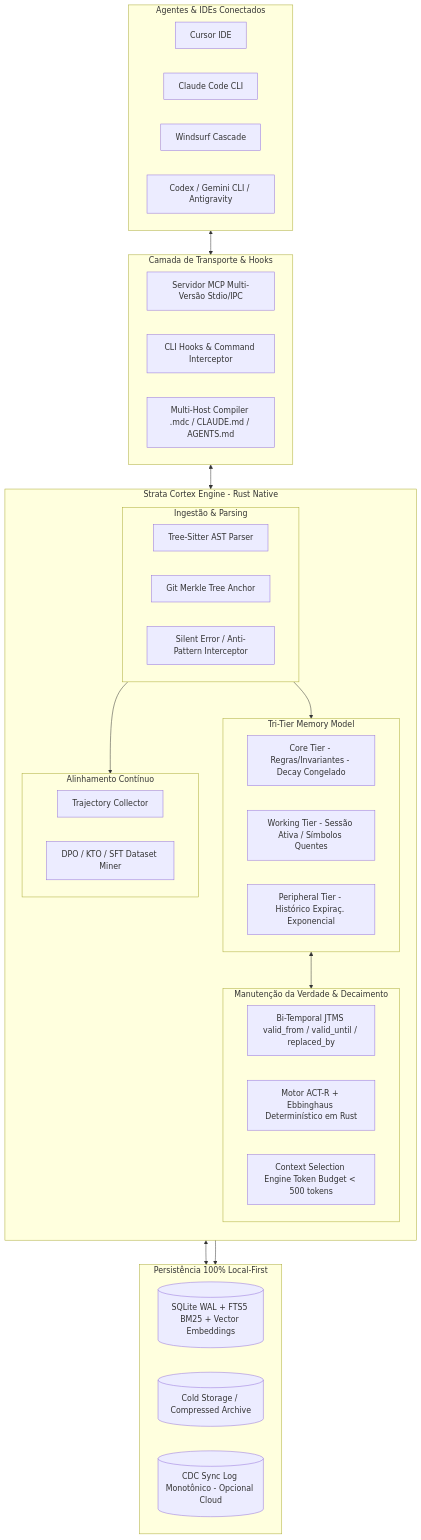
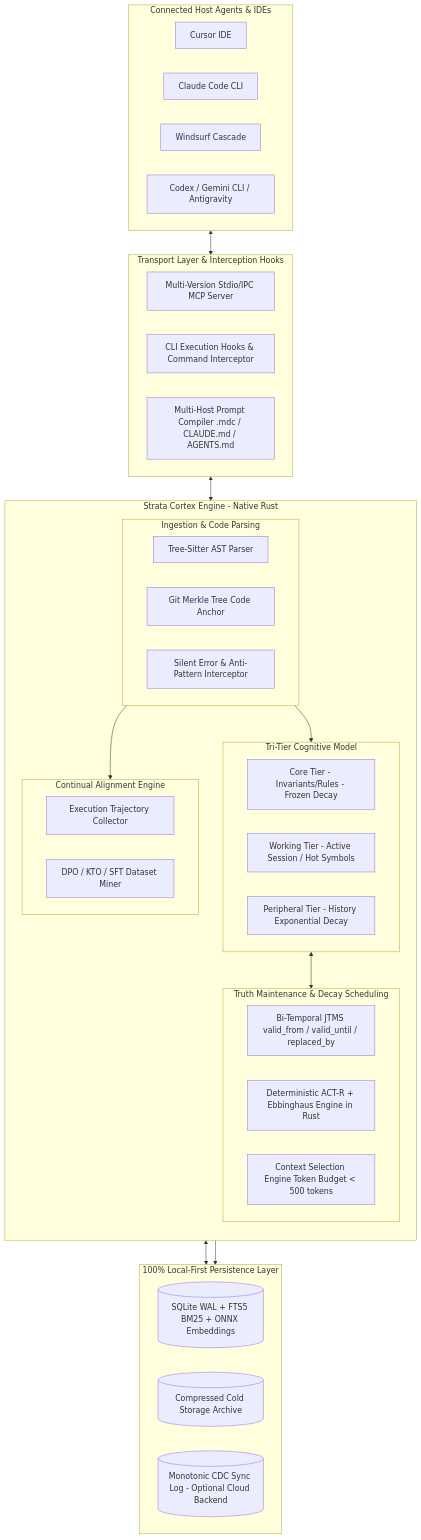
Before and after one commit to phfarath/Strata: the diagram in docs/15-blueprint-cortex-mcp-full-spec.md, drawn with Mermaid. The commit also changed other lines of this file and 34 other files, not shown here.

Commit message:
docs: standardize all architecture, research specifications, and agent guidelines in English (#13)

````diff
--- a/docs/15-blueprint-cortex-mcp-full-spec.md
+++ b/docs/15-blueprint-cortex-mcp-full-spec.md
@@ -9,55 +9,55 @@
 ```mermaid
 graph TD
-    subgraph Host_Clients [Agentes & IDEs Conectados]
+    subgraph Host_Clients [Connected Host Agents & IDEs]
         C1[Cursor IDE]
         C2[Claude Code CLI]
         C3[Windsurf Cascade]
         C4[Codex / Gemini CLI / Antigravity]
     end
 
-    subgraph MCP_Transport [Camada de Transporte & Hooks]
-        M1[Servidor MCP Multi-Versão Stdio/IPC]
-        M2[CLI Hooks & Command Interceptor]
-        M3[Multi-Host Compiler .mdc / CLAUDE.md / AGENTS.md]
+    subgraph MCP_Transport [Transport Layer & Interception Hooks]
+        M1[Multi-Version Stdio/IPC MCP Server]
+        M2[CLI Execution Hooks & Command Interceptor]
+        M3[Multi-Host Prompt Compiler .mdc / CLAUDE.md / AGENTS.md]
     end
 
-    subgraph Cognitive_Core [Strata Cortex Engine - Rust Native]
+    subgraph Cognitive_Core [Strata Cortex Engine - Native Rust]
         direction TB
-        subgraph Ingestion [Ingestão & Parsing]
+        subgraph Ingestion [Ingestion & Code Parsing]
             T1[Tree-Sitter AST Parser]
-            T2[Git Merkle Tree Anchor]
-            T3[Silent Error / Anti-Pattern Interceptor]
+            T2[Git Merkle Tree Code Anchor]
+            T3[Silent Error & Anti-Pattern Interceptor]
         end
         
-        subgraph Memory_Tiers [Tri-Tier Memory Model]
-            K1[Core Tier - Regras/Invariantes - Decay Congelado]
-            K2[Working Tier - Sessão Ativa / Símbolos Quentes]
-            K3[Peripheral Tier - Histórico Expiraç. Exponencial]
+        subgraph Memory_Tiers [Tri-Tier Cognitive Model]
+            K1[Core Tier - Invariants/Rules - Frozen Decay]
+            K2[Working Tier - Active Session / Hot Symbols]
+            K3[Peripheral Tier - History Exponential Decay]
         end
         
-        subgraph Logic_Decay [Manutenção da Verdade & Decaimento]
+        subgraph Logic_Decay [Truth Maintenance & Decay Scheduling]
             J1[Bi-Temporal JTMS valid_from / valid_until / replaced_by]
-            A1[Motor ACT-R + Ebbinghaus Determinístico em Rust]
+            A1[Deterministic ACT-R + Ebbinghaus Engine in Rust]
             R1[Context Selection Engine Token Budget < 500 tokens]
         end
         
-        subgraph Training_Loop [Alinhamento Contínuo]
-            D1[Trajectory Collector]
+        subgraph Training_Loop [Continual Alignment Engine]
+            D1[Execution Trajectory Collector]
             D2[DPO / KTO / SFT Dataset Miner]
         end
     end
 
-    subgraph Storage [Persistência 100% Local-First]
-        S1[(SQLite WAL + FTS5 BM25 + Vector Embeddings)]
-        S2[(Cold Storage / Compressed Archive)]
-        S3[(CDC Sync Log Monotônico - Opcional Cloud)]
+    subgraph Storage [100% Local-First Persistence Layer]
+        S1[(SQLite WAL + FTS5 BM25 + ONNX Embeddings)]
+        S2[(Compressed Cold Storage Archive)]
+        S3[(Monotonic CDC Sync Log - Optional Cloud Backend)]
     end
 
     Host_Clients <--> MCP_Transport
     MCP_Transport <--> Ingestion
     Ingestion --> Memory_Tiers
     Memory_Tiers <--> Logic_Decay
     Logic_Decay <--> Storage
     Ingestion --> Training_Loop
     Training_Loop --> Storage
 ```
````
